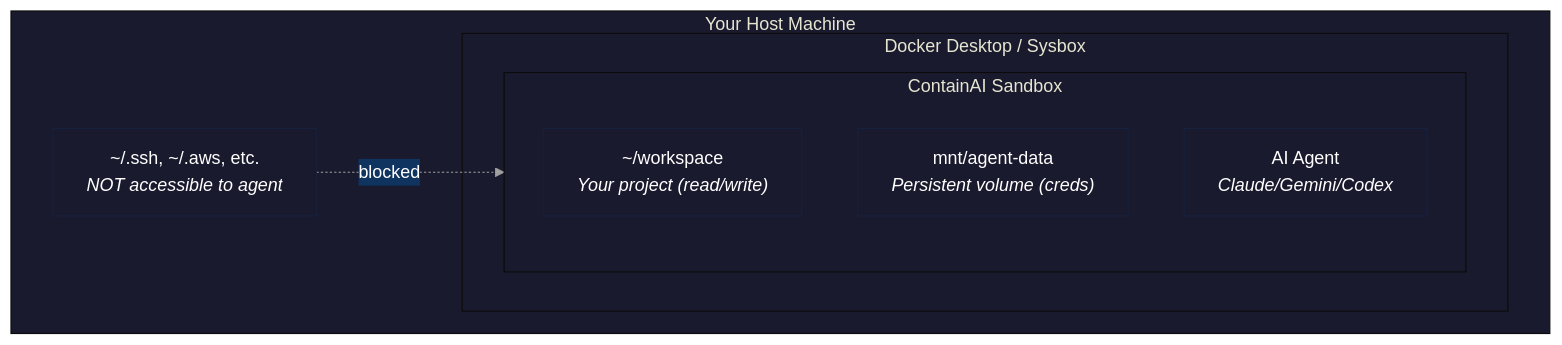
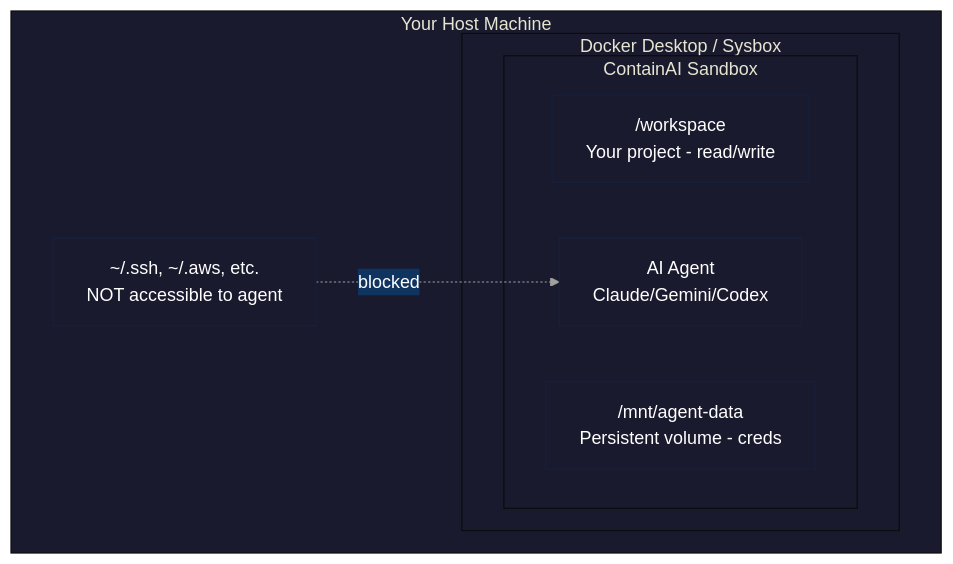
The diagram in README.md (novotnyllc/ContainAI), drawn with Mermaid before and after one commit. The commit also changed 1 other file, not shown here.

Commit message:
fix(docs): address mermaid review feedback
- Remove HTML tags (i, b, code) that may not render in GitHub mermaid
- Change edge target from subgraph to explicit node for reliability
- Standardize path labels to /workspace and /mnt/agent-data

Task: fn-10-vep.31

````diff
--- a/README.md
+++ b/README.md
@@ -62,26 +62,26 @@
 ```mermaid
 %%{init: {'theme': 'base', 'themeVariables': {
   'primaryColor': '#1a1a2e',
   'primaryTextColor': '#ffffff',
   'primaryBorderColor': '#16213e',
   'secondaryColor': '#0f3460',
   'tertiaryColor': '#1a1a2e',
   'lineColor': '#a0a0a0',
   'textColor': '#ffffff',
   'background': '#0d1117'
 }}}%%
 flowchart TB
     subgraph host["Your Host Machine"]
-        secrets["~/.ssh, ~/.aws, etc.<br/><i>NOT accessible to agent</i>"]
+        secrets["~/.ssh, ~/.aws, etc.<br/>NOT accessible to agent"]
 
         subgraph runtime["Docker Desktop / Sysbox"]
             subgraph sandbox["ContainAI Sandbox"]
-                workspace["~/workspace<br/><i>Your project (read/write)</i>"]
-                data["mnt/agent-data<br/><i>Persistent volume (creds)</i>"]
-                agent["AI Agent<br/><i>Claude/Gemini/Codex</i>"]
+                workspace["/workspace<br/>Your project - read/write"]
+                data["/mnt/agent-data<br/>Persistent volume - creds"]
+                agent["AI Agent<br/>Claude/Gemini/Codex"]
             end
         end
     end
 
-    secrets -.->|blocked| sandbox
+    secrets -.->|blocked| agent
 ```
````
